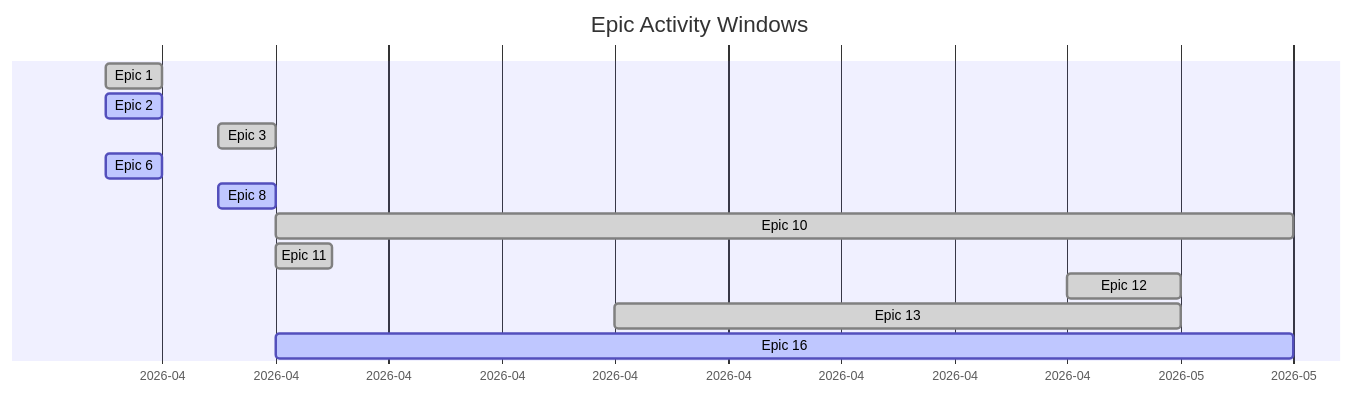
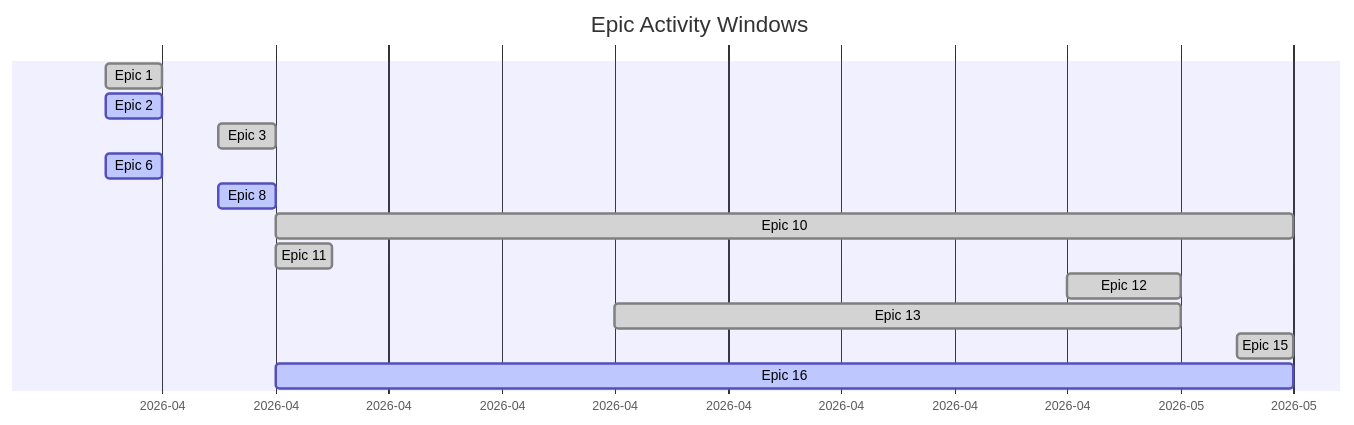
Before and after one commit to wegofwd2020-hub/StudyBuddy_OnDemand: the diagram in docs/PROGRESS.md, drawn with Mermaid. The commit also changed other lines of this file, not shown here.

````diff
--- a/docs/PROGRESS.md
+++ b/docs/PROGRESS.md
@@ -9,16 +9,17 @@
 ```mermaid
 gantt
     title Epic Activity Windows
     dateFormat YYYY-MM-DD
     axisFormat %Y-%m
     Epic 1  :done, e1, 2026-04-12, 2026-04-13
     Epic 2  :active, e2, 2026-04-12, 2026-04-13
     Epic 3  :done, e3, 2026-04-14, 2026-04-15
     Epic 6  :active, e6, 2026-04-12, 2026-04-13
     Epic 8  :active, e8, 2026-04-14, 2026-04-15
     Epic 10 :done, e10, 2026-04-15, 2026-05-03
     Epic 11 :done, e11, 2026-04-15, 2026-04-16
     Epic 12 :done, e12, 2026-04-29, 2026-05-01
     Epic 13 :done, e13, 2026-04-21, 2026-05-01
+    Epic 15 :done, e15, 2026-05-02, 2026-05-03
     Epic 16 :active, e16, 2026-04-15, 2026-05-03
 ```
````
